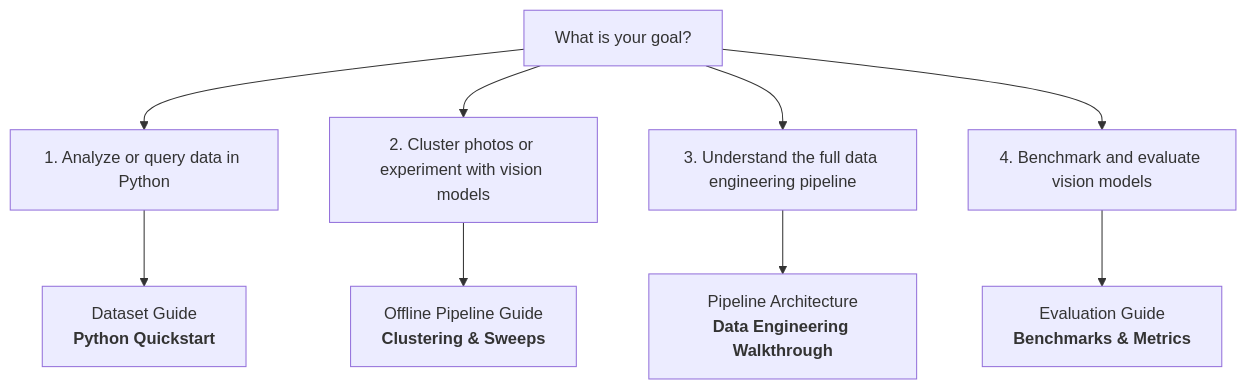
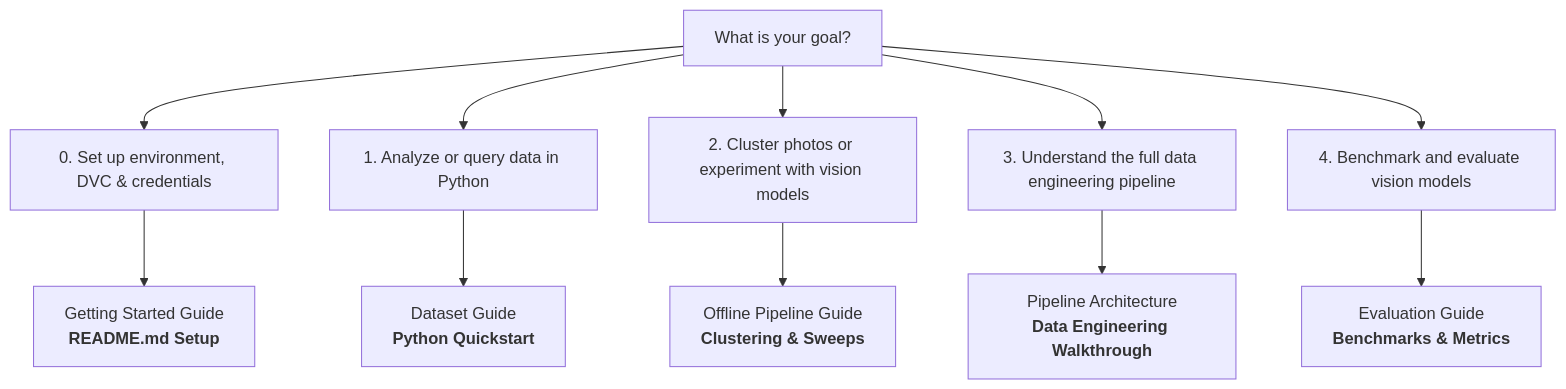
One commit to ananthu-aniraj/geo-rag changed the second of 2 diagrams in docs/preliminaries.md. Above: the diagram before and after it, drawn with Mermaid. The commit also changed other lines of this file and 5 other files, not shown here.

````diff
--- a/docs/preliminaries.md
+++ b/docs/preliminaries.md
@@ -181,14 +184,16 @@
 ```mermaid
 flowchart TD
     Start["What is your goal?"]
 
+    Start --> Setup["0. Set up environment, DVC & credentials"]
     Start --> A["1. Analyze or query data in Python"]
     Start --> B["2. Cluster photos or experiment with vision models"]
     Start --> C["3. Understand the full data engineering pipeline"]
     Start --> D["4. Benchmark and evaluate vision models"]
 
+    Setup --> StepSetup["Getting Started Guide<br><b>README.md Setup</b>"]
     A --> StepA["Dataset Guide<br><b>Python Quickstart</b>"]
     B --> StepB["Offline Pipeline Guide<br><b>Clustering & Sweeps</b>"]
     C --> StepC["Pipeline Architecture<br><b>Data Engineering Walkthrough</b>"]
     D --> StepD["Evaluation Guide<br><b>Benchmarks & Metrics</b>"]
 ```
````
